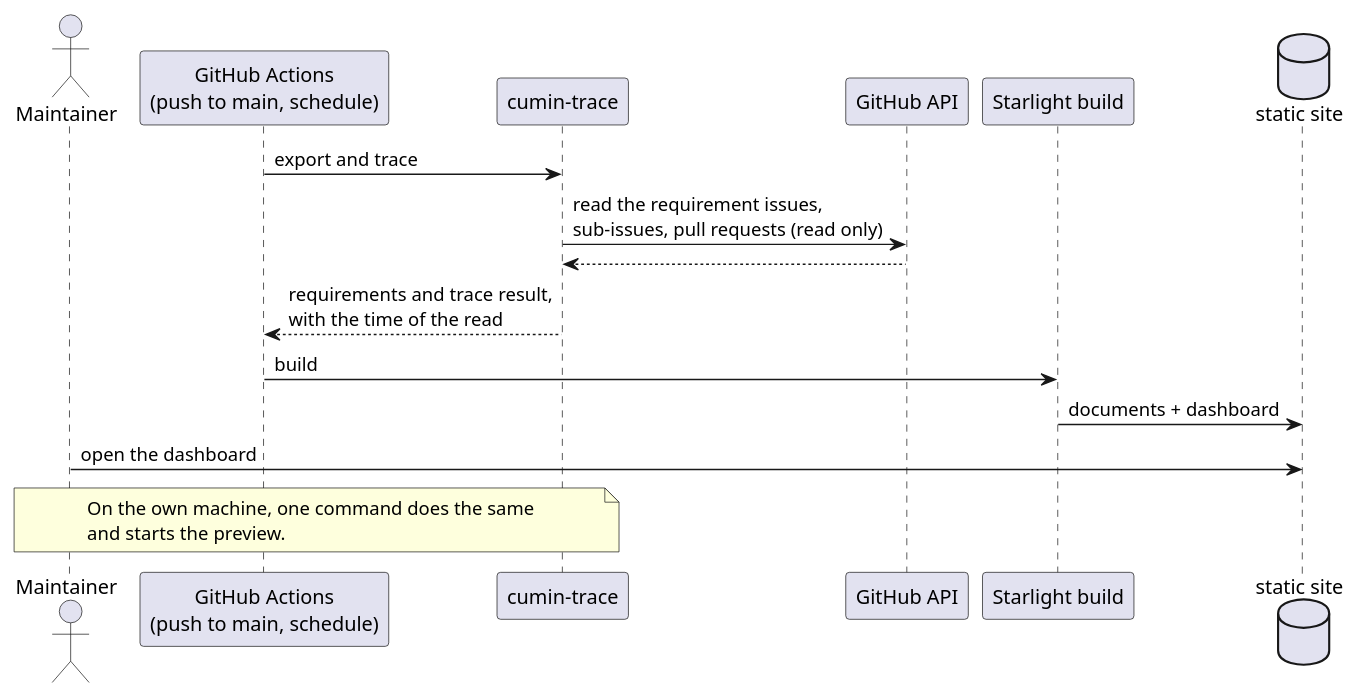
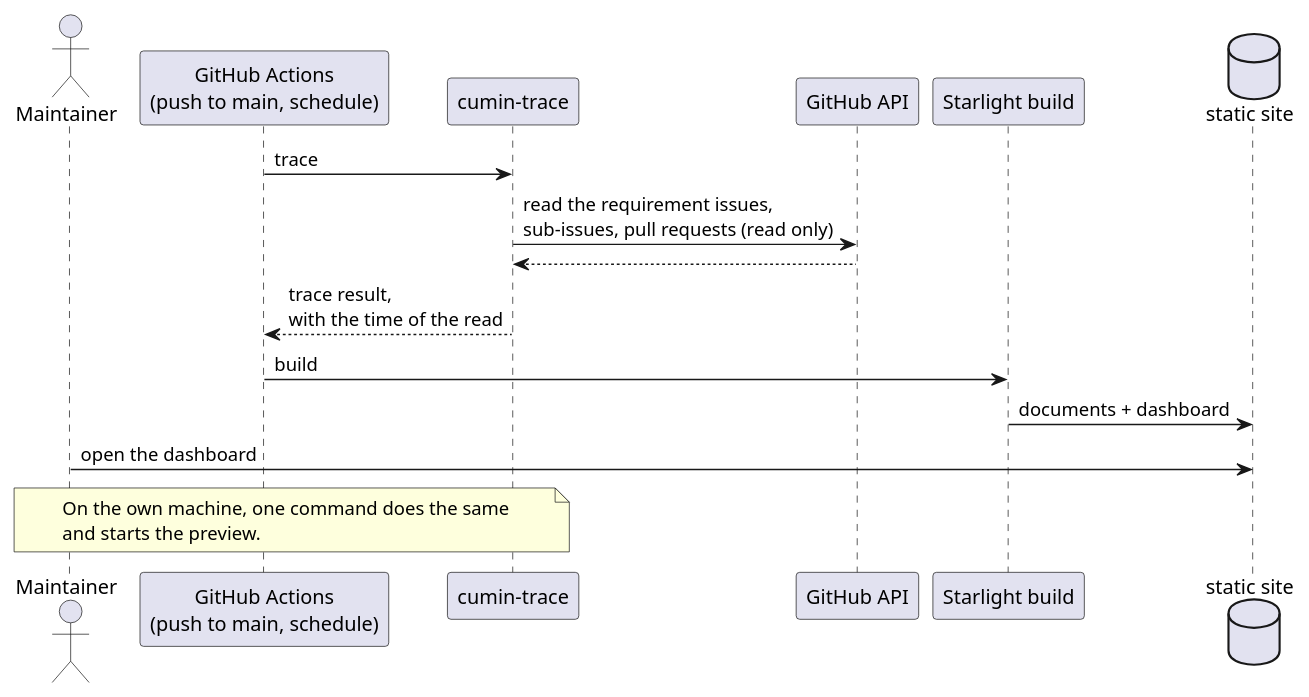
The diagram in docs/ja/requirements/dashboard/dashboard-update.puml (cloveclovedev/cumin-trace), drawn with PlantUML before and after one commit. The commit also changed 1 other file, not shown here.

Commit message:
docs(requirements): label the dashboard update diagram with the trace only (#173)
The site workflow runs only `cumin-trace trace`, and its output holds the
keys of the export too (CTR-TRC-008). The diagram said "export and trace".

Claude-Session: https://claude.ai/code/session_011m6rhwQp4zvUSUBsZ5HpsY

```diff
--- a/docs/ja/requirements/dashboard/dashboard-update.puml
+++ b/docs/ja/requirements/dashboard/dashboard-update.puml
@@ -1,23 +1,23 @@
 @startuml dashboard-update
 skinparam shadowing false
 
 actor Maintainer
 participant "GitHub Actions\n(push to main, schedule)" as actions
 participant "cumin-trace" as ct
 participant "GitHub API" as gh
 participant "Starlight build" as build
 database "static site" as site
 
-actions -> ct : export and trace
+actions -> ct : trace
 ct -> gh : read the requirement issues,\nsub-issues, pull requests (read only)
 gh --> ct
-ct --> actions : requirements and trace result,\nwith the time of the read
+ct --> actions : trace result,\nwith the time of the read
 actions -> build : build
 build -> site : documents + dashboard
 Maintainer -> site : open the dashboard
 
 note over Maintainer, ct
   On the own machine, one command does the same
   and starts the preview.
 end note
 @enduml
```
